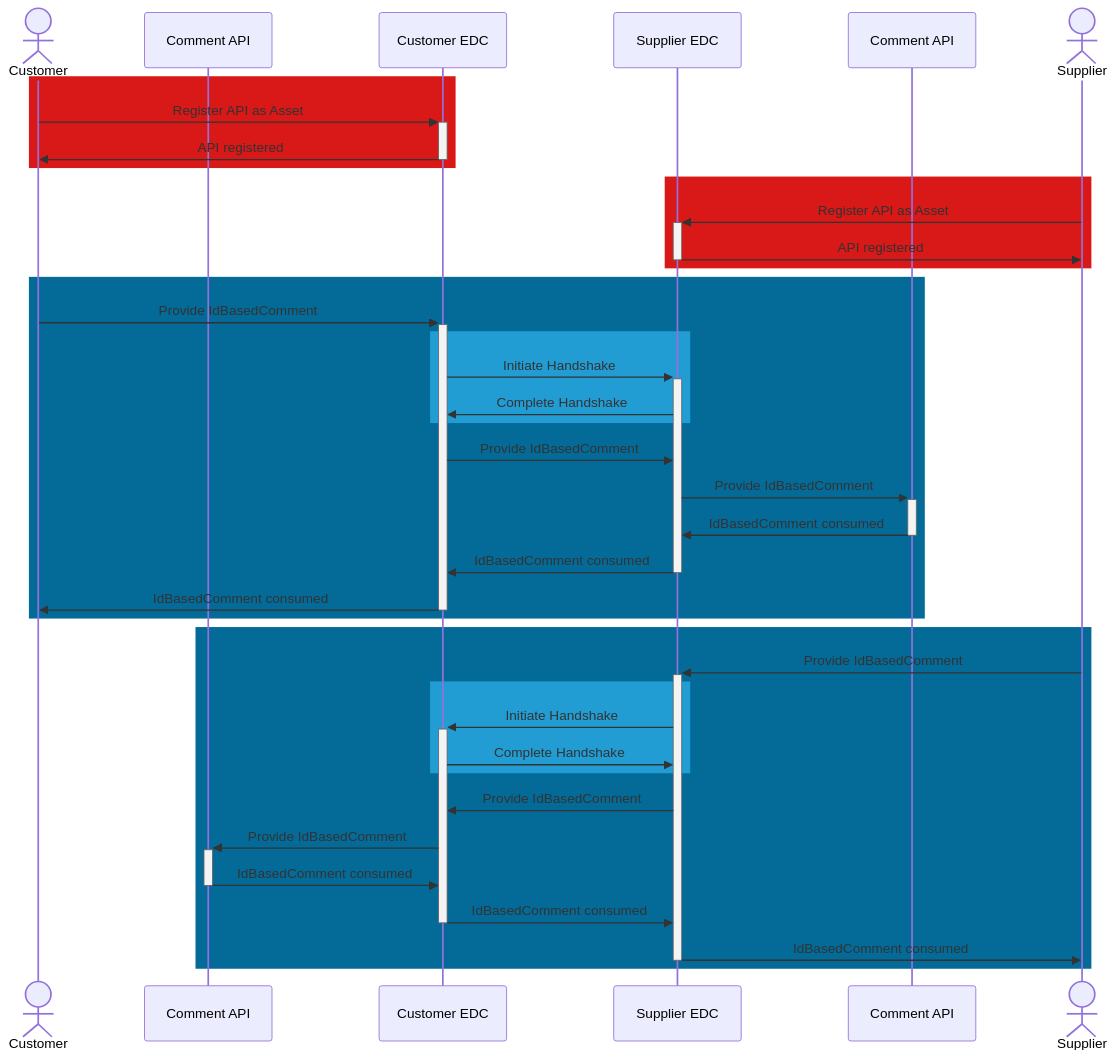
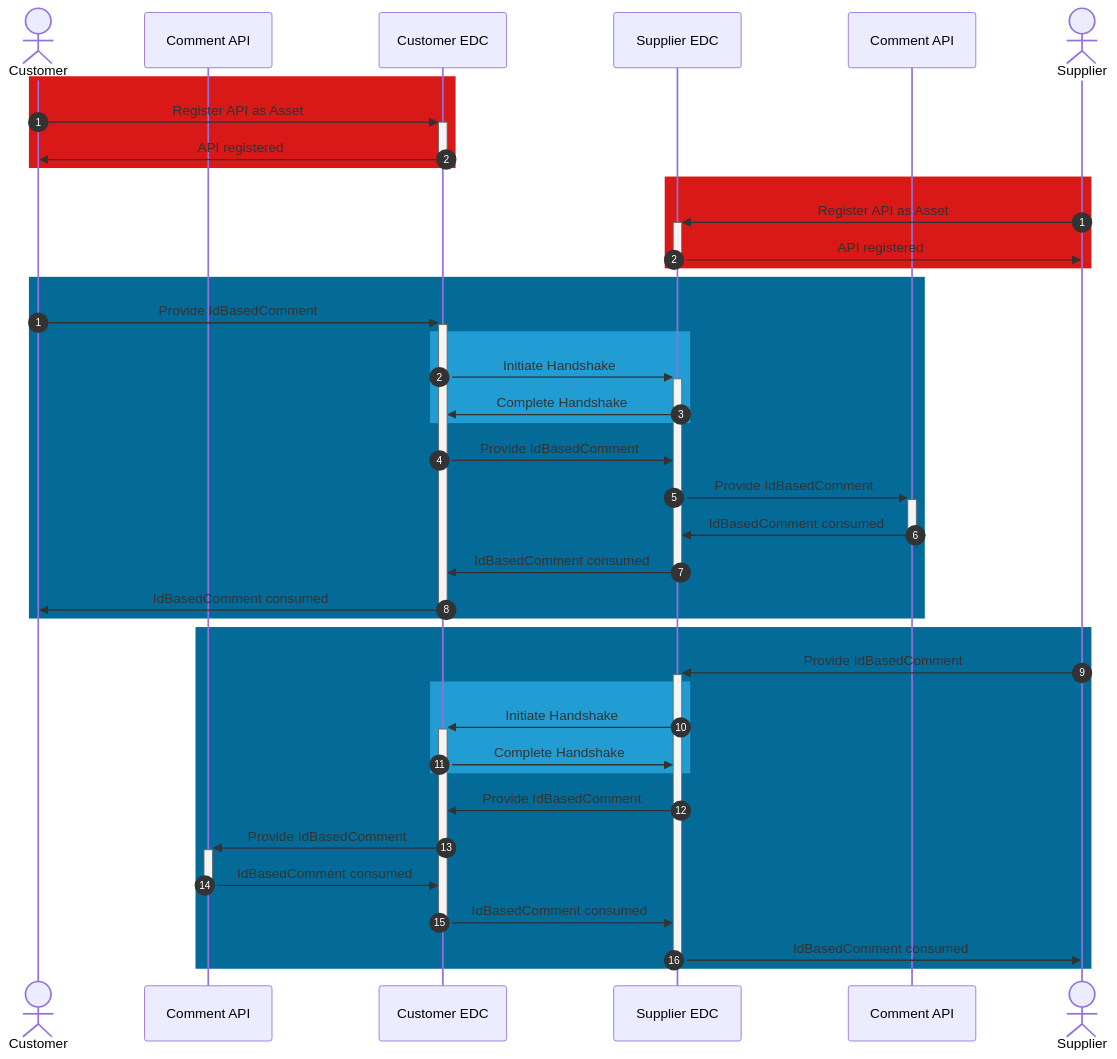
The diagram in docs-kits/kits/Demand and Capacity Management Kit/development-view/api-comment.md (eclipse-tractusx/eclipse-tractusx.github.io), drawn with Mermaid before and after one commit. The commit also changed 12 other files, not shown here.

Commit message:
Added numbering to sequence diagrams

````diff
--- a/docs-kits/kits/Demand and Capacity Management Kit/development-view/api-comment.md
+++ b/docs-kits/kits/Demand and Capacity Management Kit/development-view/api-comment.md
@@ -22,49 +22,49 @@
 ```mermaid
 sequenceDiagram
     actor c as Customer 
     participant ca as Comment API
     participant ce as Customer EDC
     participant se as Supplier EDC
     participant sa as Comment API
     actor s as Supplier
     
      rect rgb(217,24,24)
+    autonumber 1
     c->>+ce: Register API as Asset
     ce->>-c: API registered
     end  
     rect rgb(217,24,24)
+    autonumber 1
     s->>+se: Register API as Asset
     se->>-s: API registered
     end
- 
-
-
+autonumber 1
     rect rgb(04,107,153)
     c->>+ce: Provide IdBasedComment
     rect rgb(33,157,212)
     ce->>+se: Initiate Handshake
     se->>ce: Complete Handshake
     end
     ce->>se: Provide IdBasedComment
     se->>+sa: Provide IdBasedComment
     sa->>-se: IdBasedComment consumed
     se->>-ce: IdBasedComment consumed
     ce->>-c: IdBasedComment consumed
     
     end
 
     rect rgb(04,107,153)
     s->>+se: Provide IdBasedComment
     rect rgb(33,157,212)
     se->>+ce: Initiate Handshake
     ce->>se: Complete Handshake
     end
     se->>ce: Provide IdBasedComment
     ce->>+ca: Provide IdBasedComment
     ca->>-ce: IdBasedComment consumed
     ce->>-se: IdBasedComment consumed
     se->>-s: IdBasedComment consumed
     
     end
   
 ```
````
